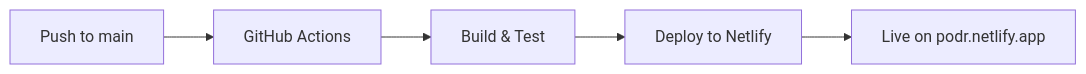
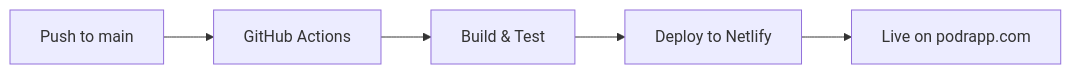
The diagram in README.md (cascadiacollections/podr), drawn with Mermaid before and after one commit. The commit also changed other lines of this file and 17 other files, not shown here.

First line of the commit message:
Serve a canonical podrapp.com sitemap and robots.txt (#162)

````diff
--- a/README.md
+++ b/README.md
@@ -349,7 +351,7 @@
 ```mermaid
 graph LR
     A[Push to main] --> B[GitHub Actions]
     B --> C[Build & Test]
     C --> D[Deploy to Netlify]
-    D --> E[Live on podr.netlify.app]
+    D --> E[Live on podrapp.com]
 ```
````
